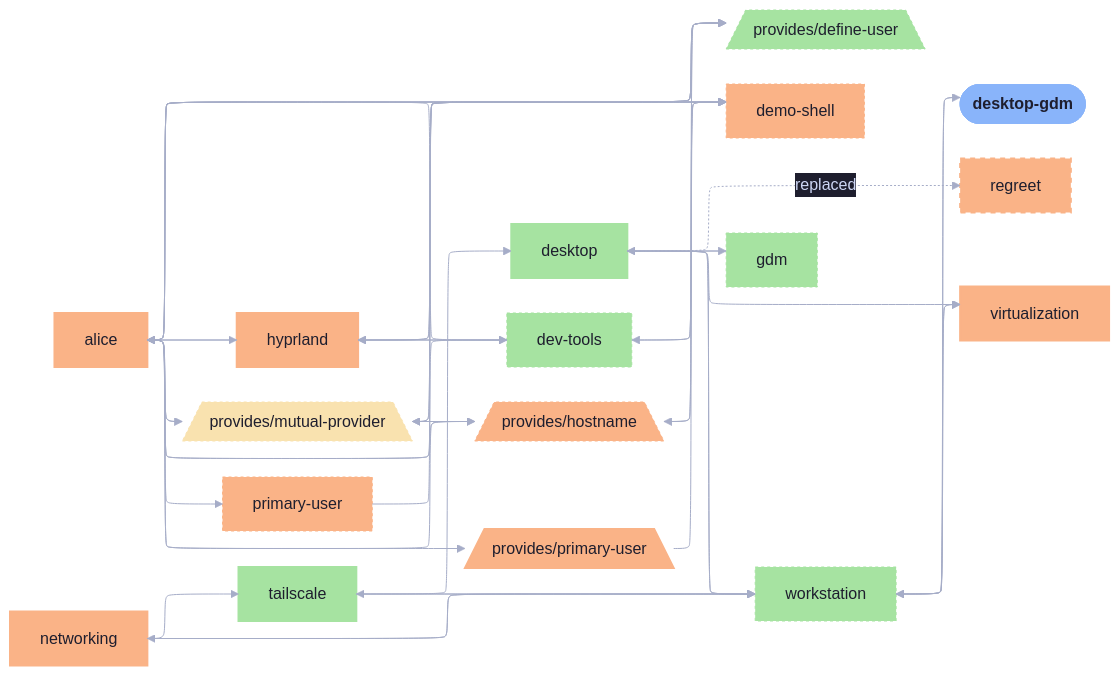
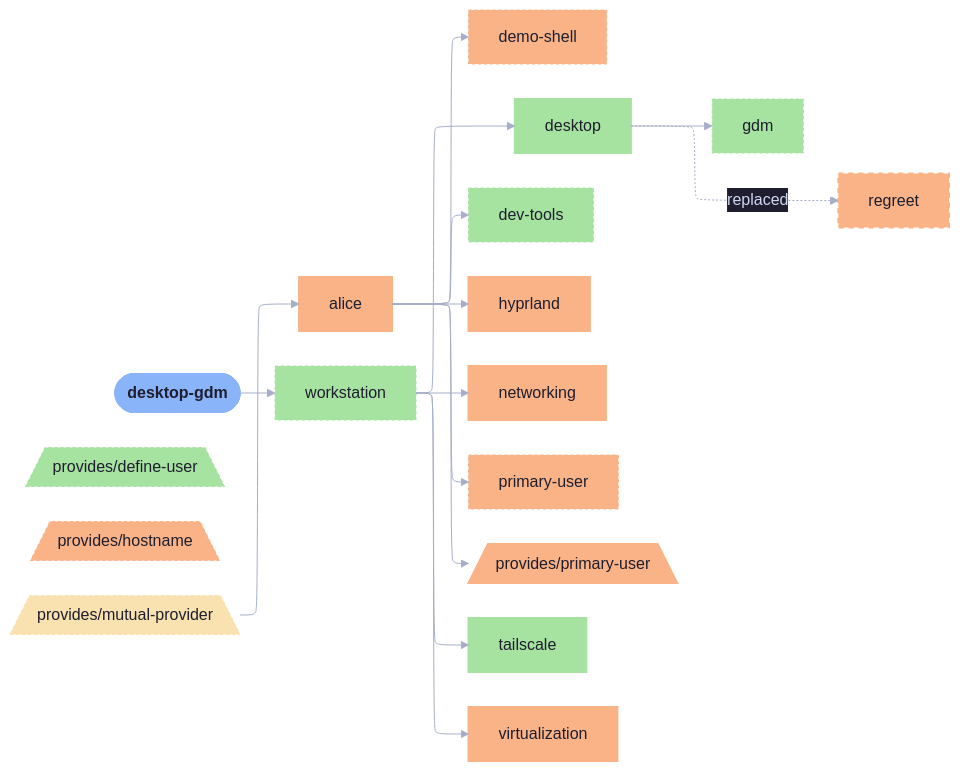
Before and after one commit to sini/den: the diagram in templates/diag-fx-demo/diagrams/desktop-gdm-simple.md, drawn with Mermaid. The commit also changed 849 other files, not shown here.

Commit message:
chore: update fx diagrams

```diff
--- a/templates/diag-fx-demo/diagrams/desktop-gdm-simple.md
+++ b/templates/diag-fx-demo/diagrams/desktop-gdm-simple.md
@@ -28,42 +28,11 @@
   alice --> hyprland
   alice --> primary_user
   alice --> den__provides__primary_user
-  alice --> den__provides__define_user
-  alice --> den__provides__hostname
-  alice --> den__provides__mutual_provider
-  den__provides__mutual_provider --> den__provides__define_user
-  den__provides__mutual_provider --> den__provides__hostname
   den__provides__mutual_provider --> alice
-  den__provides__hostname --> den__provides__define_user
-  den__provides__define_user --> den__provides__hostname
-  den__provides__define_user --> den__provides__mutual_provider
-  den__provides__hostname --> den__provides__mutual_provider
-  den__provides__define_user --> alice
-  den__provides__hostname --> alice
-  demo_shell --> hyprland
-  demo_shell --> alice
-  demo_shell --> dev_tools
-  den__provides__primary_user --> demo_shell
   desktop --> gdm
-  desktop --> workstation
   desktop -.->|replaced| regreet
-  desktop --> virtualization
   desktop_gdm --> workstation
-  dev_tools --> alice
-  dev_tools --> demo_shell
-  dev_tools --> hyprland
-  gdm --> desktop
-  networking --> workstation
-  tailscale --> workstation
-  virtualization --> workstation
-  hyprland --> dev_tools
-  hyprland --> alice
-  hyprland --> demo_shell
-  networking --> tailscale
-  primary_user --> demo_shell
-  tailscale --> desktop
   workstation --> desktop
-  workstation --> desktop_gdm
   workstation --> networking
   workstation --> virtualization
   workstation --> tailscale
@@ -73,7 +42,7 @@
   classDef den__provides__define_user_c fill:#a6e3a1,stroke:#a6e3a1,color:#1e1e2e,stroke-dasharray: 3 3,stroke-width:1px
   classDef demo_shell_c fill:#fab387,stroke:#fab387,color:#1e1e2e,stroke-dasharray: 3 3,stroke-width:1px
   classDef desktop_c fill:#a6e3a1,stroke:#a6e3a1,color:#1e1e2e,stroke-width:2px
-  classDef desktop_gdm_c fill:#a6e3a1,stroke:#a6e3a1,color:#1e1e2e,stroke-width:3px
+  classDef desktop_gdm_c fill:#a6e3a1,stroke:#a6e3a1,color:#1e1e2e,stroke-width:2px
   classDef dev_tools_c fill:#a6e3a1,stroke:#a6e3a1,color:#1e1e2e,stroke-dasharray: 3 3,stroke-width:1px
   classDef gdm_c fill:#a6e3a1,stroke:#a6e3a1,color:#1e1e2e,stroke-dasharray: 3 3,stroke-width:1px
   classDef den__provides__hostname_c fill:#fab387,stroke:#fab387,color:#1e1e2e,stroke-dasharray: 3 3,stroke-width:1px
```
